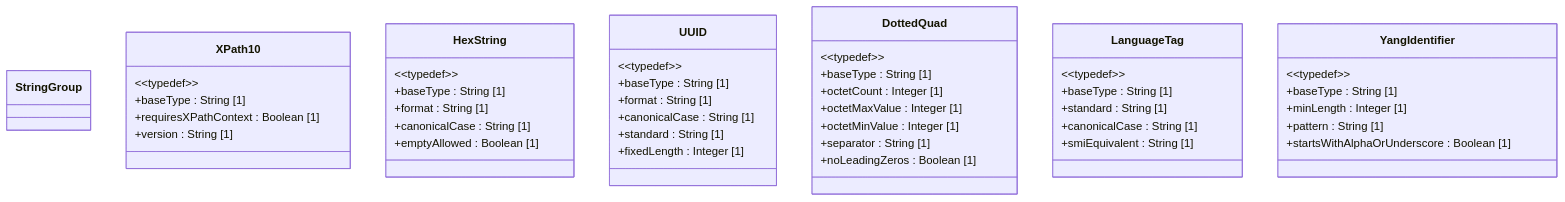
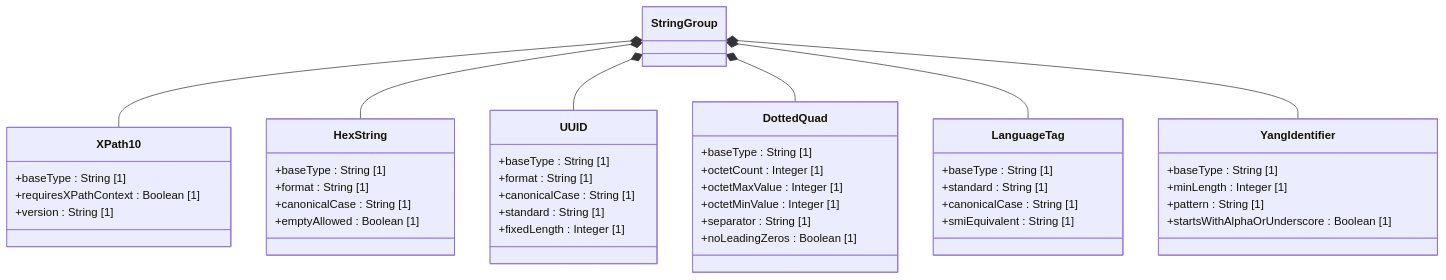
Before and after one commit to gintatkinson/dep-tst40: the diagram in docs/features/feat-23-string-types.md, drawn with Mermaid. The commit also changed other lines of this file and 6 other files, not shown here.

````diff
--- a/docs/features/feat-23-string-types.md
+++ b/docs/features/feat-23-string-types.md
@@ -19,48 +19,48 @@
 ```mermaid
 classDiagram
     class StringGroup { }
     class XPath10 {
-        &lt;&lt;typedef&gt;&gt;
         +baseType : String [1]
         +requiresXPathContext : Boolean [1]
         +version : String [1]
     }
     class HexString {
-        &lt;&lt;typedef&gt;&gt;
         +baseType : String [1]
         +format : String [1]
         +canonicalCase : String [1]
         +emptyAllowed : Boolean [1]
     }
     class UUID {
-        &lt;&lt;typedef&gt;&gt;
         +baseType : String [1]
         +format : String [1]
         +canonicalCase : String [1]
         +standard : String [1]
         +fixedLength : Integer [1]
     }
     class DottedQuad {
-        &lt;&lt;typedef&gt;&gt;
         +baseType : String [1]
         +octetCount : Integer [1]
         +octetMaxValue : Integer [1]
         +octetMinValue : Integer [1]
         +separator : String [1]
         +noLeadingZeros : Boolean [1]
     }
     class LanguageTag {
-        &lt;&lt;typedef&gt;&gt;
         +baseType : String [1]
         +standard : String [1]
         +canonicalCase : String [1]
         +smiEquivalent : String [1]
     }
     class YangIdentifier {
-        &lt;&lt;typedef&gt;&gt;
         +baseType : String [1]
         +minLength : Integer [1]
         +pattern : String [1]
         +startsWithAlphaOrUnderscore : Boolean [1]
     }
+    StringGroup *-- XPath10
+    StringGroup *-- HexString
+    StringGroup *-- UUID
+    StringGroup *-- DottedQuad
+    StringGroup *-- LanguageTag
+    StringGroup *-- YangIdentifier
 ```
````
